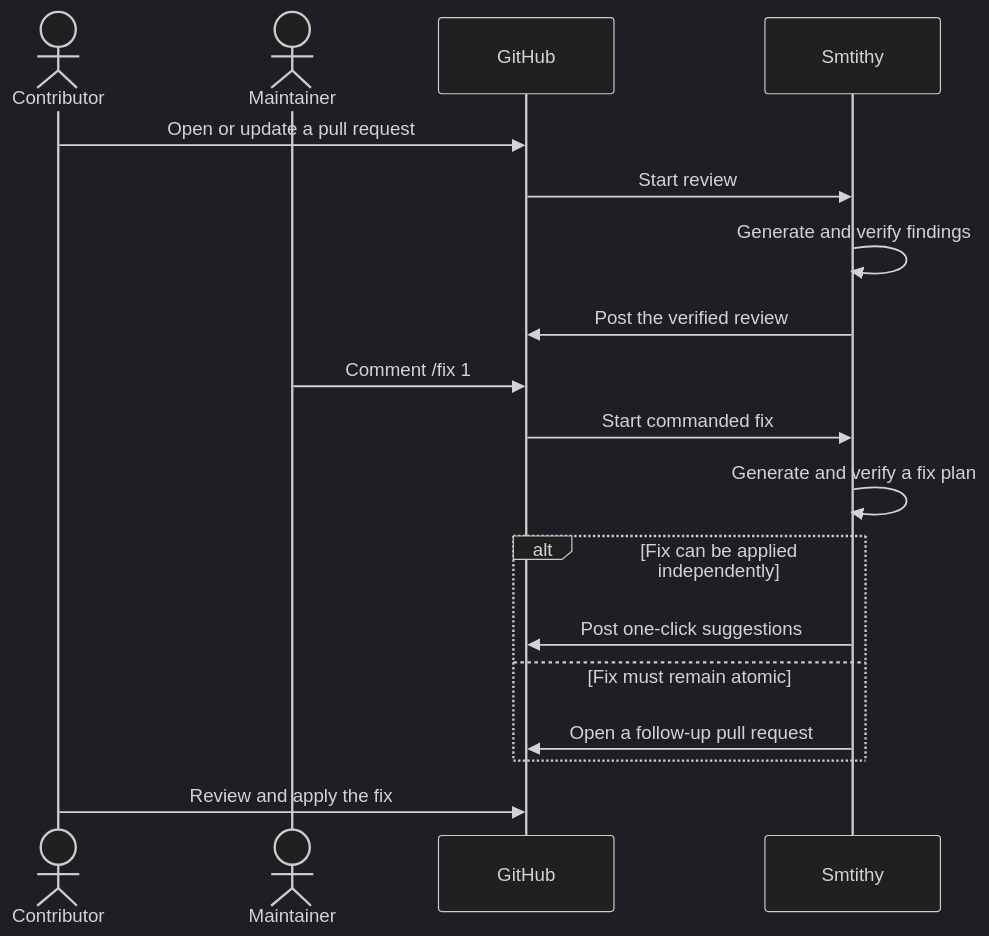
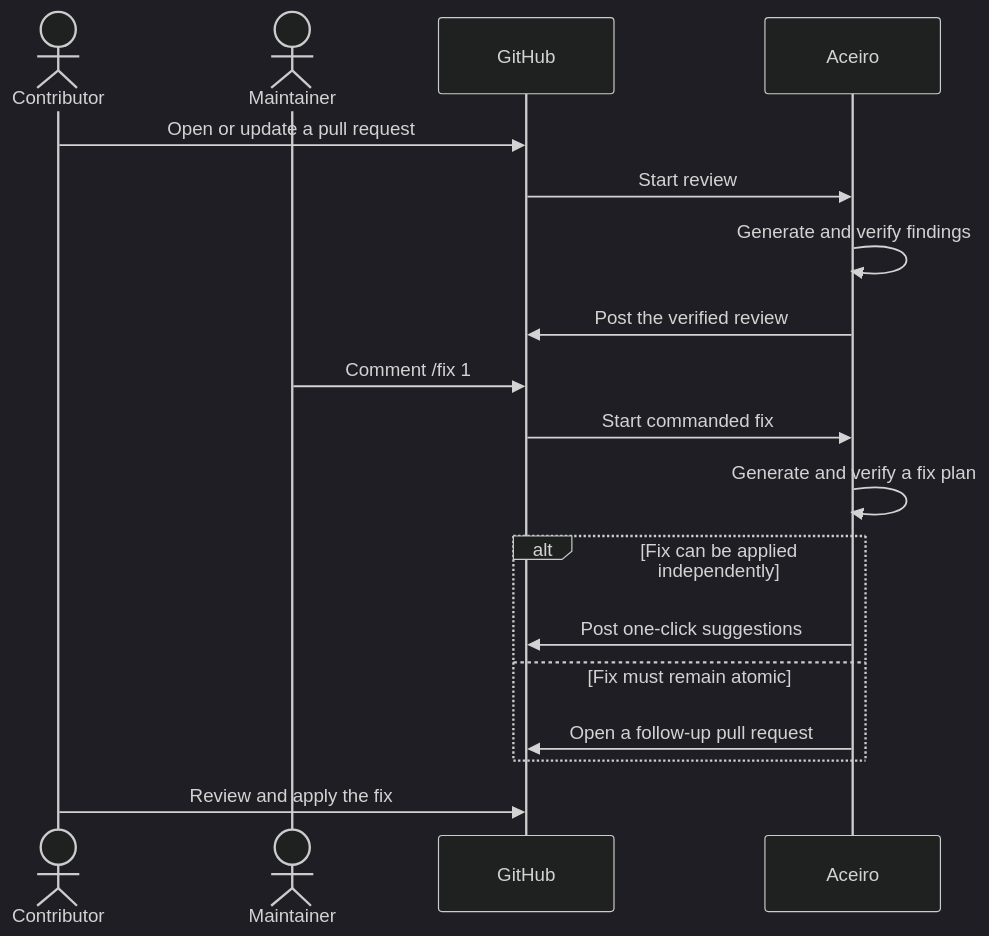
One commit to svozza/aceiro changed the second of 2 diagrams in README.md. Above: the diagram before and after it, drawn with Mermaid (dark theme). The commit also changed other lines of this file and 352 other files, not shown here.

Commit message:
refactor: rename Smtithy to Aceiro

````diff
--- a/README.md
+++ b/README.md
@@ -191,21 +194,21 @@
 ```mermaid
 sequenceDiagram
     actor Contributor
     actor Maintainer
     participant GitHub
-    participant Smtithy
+    participant Aceiro
 
     Contributor->>GitHub: Open or update a pull request
-    GitHub->>Smtithy: Start review
-    Smtithy->>Smtithy: Generate and verify findings
-    Smtithy->>GitHub: Post the verified review
+    GitHub->>Aceiro: Start review
+    Aceiro->>Aceiro: Generate and verify findings
+    Aceiro->>GitHub: Post the verified review
     Maintainer->>GitHub: Comment /fix 1
-    GitHub->>Smtithy: Start commanded fix
-    Smtithy->>Smtithy: Generate and verify a fix plan
+    GitHub->>Aceiro: Start commanded fix
+    Aceiro->>Aceiro: Generate and verify a fix plan
     alt Fix can be applied independently
-        Smtithy->>GitHub: Post one-click suggestions
+        Aceiro->>GitHub: Post one-click suggestions
     else Fix must remain atomic
-        Smtithy->>GitHub: Open a follow-up pull request
+        Aceiro->>GitHub: Open a follow-up pull request
     end
     Contributor->>GitHub: Review and apply the fix
 ```
````
